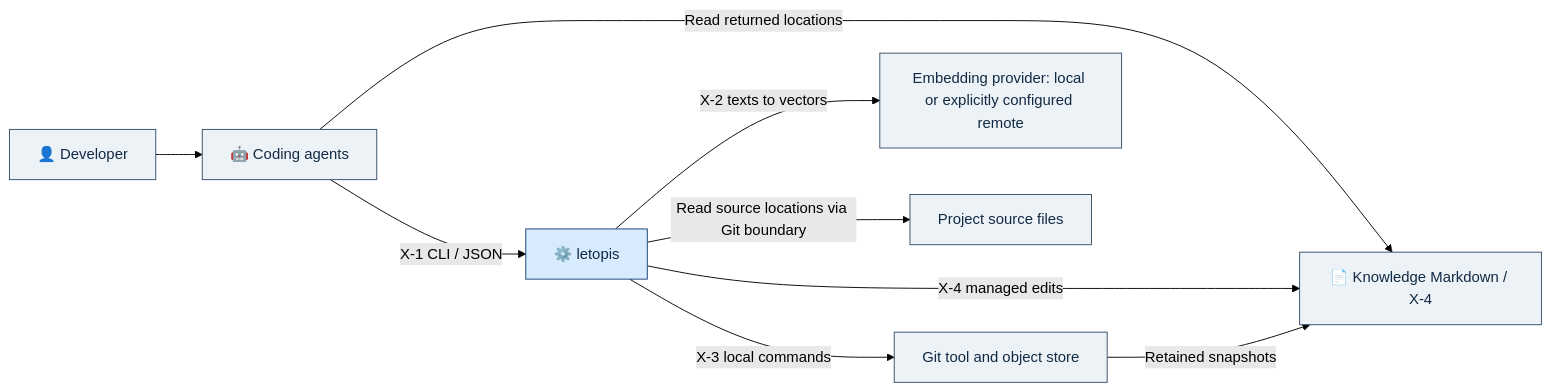
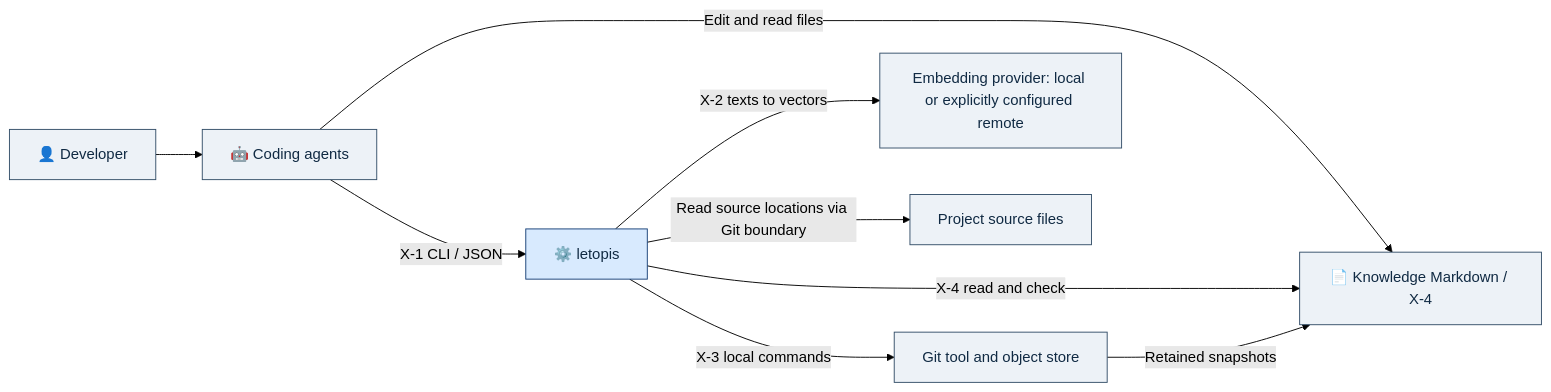
One commit to zdkadiev/letopis changed the diagram in docs/zkit/letopis/diagrams/architecture-context.mmd. Above: the diagram before and after it, drawn with Mermaid (forest theme). The commit also changed 94 other files, not shown here.

Commit message:
docs: align Letopis design and roadmap with D-91 through D-95

```diff
--- a/docs/zkit/letopis/diagrams/architecture-context.mmd
+++ b/docs/zkit/letopis/diagrams/architecture-context.mmd
@@ -1,13 +1,13 @@
 flowchart LR
     Human["👤 Developer"] --> Agent["🤖 Coding agents"]
     Agent -->|"X-1 CLI / JSON"| System["⚙️ letopis"]
-    Agent -->|"Read returned locations"| Docs["📄 Knowledge Markdown / X-4"]
-    System -->|"X-4 managed edits"| Docs
+    Agent -->|"Edit and read files"| Docs["📄 Knowledge Markdown / X-4"]
+    System -->|"X-4 read and check"| Docs
     System -->|"X-3 local commands"| Git["Git tool and object store"]
     Git -->|"Retained snapshots"| Docs
     System -->|"X-2 texts to vectors"| Provider["Embedding provider: local or explicitly configured remote"]
     System -->|"Read source locations via Git boundary"| Sources["Project source files"]
     classDef primary fill:#d8eafe,stroke:#153e75,color:#102a43
     classDef external fill:#edf2f7,stroke:#334e68,color:#102a43
     class System primary
     class Human,Agent,Docs,Git,Provider,Sources external
```
